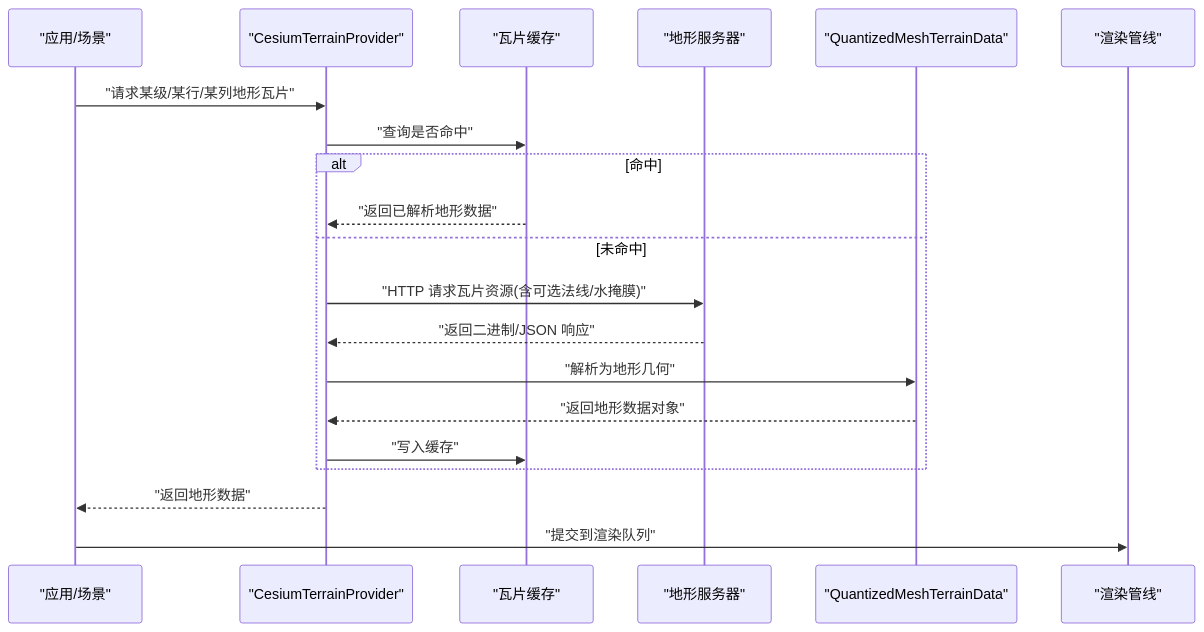
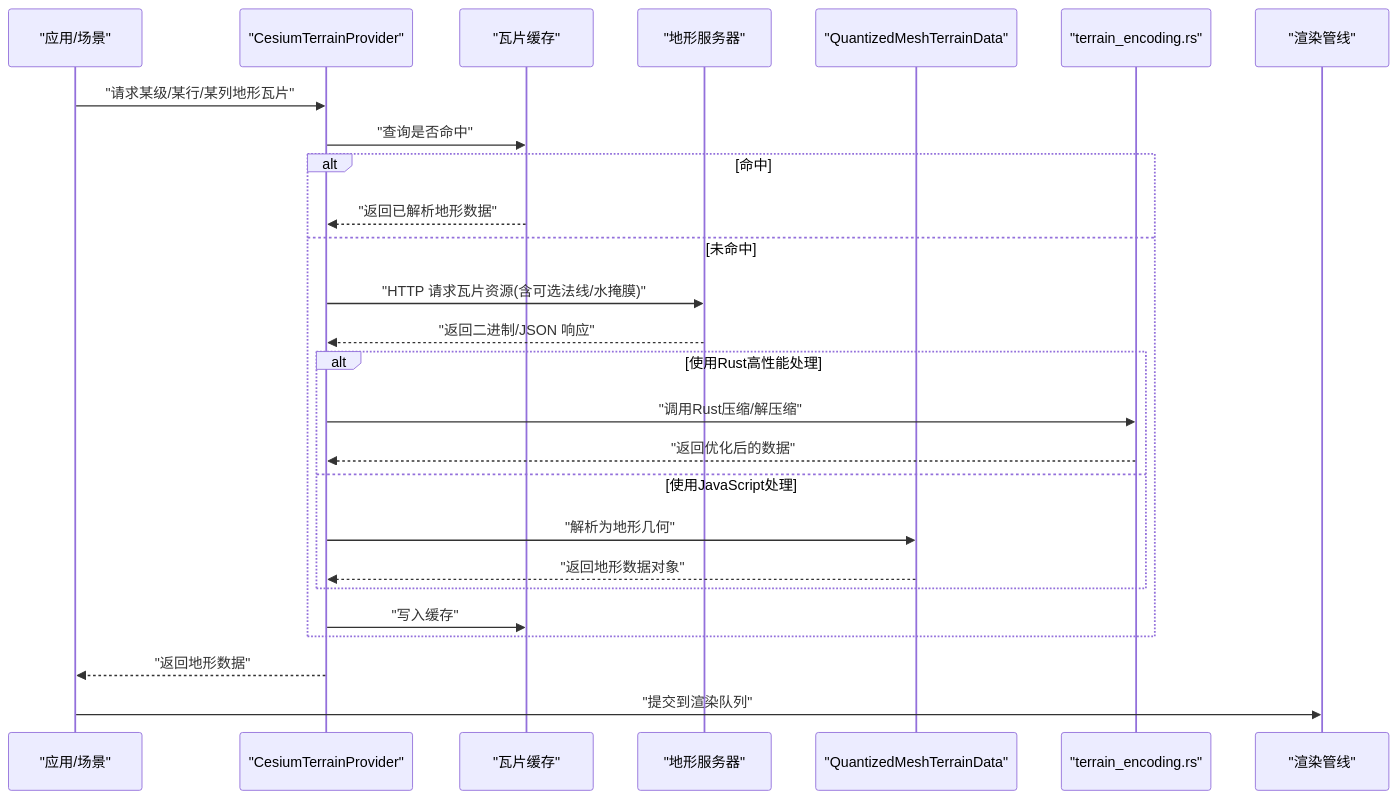
Before and after one commit to rzhangjing/cesium: the second of 7 diagrams in .qoder/repowiki/zh/content/项目概述/核心特性/地形与影像系统/地形数据提供者系统.md, drawn with Mermaid. The commit also changed other lines of this file and 56 other files, not shown here.

````diff
--- a/.qoder/repowiki/zh/content/项目概述/核心特性/地形与影像系统/地形数据提供者系统.md
+++ b/.qoder/repowiki/zh/content/项目概述/核心特性/地形与影像系统/地形数据提供者系统.md
@@ -96,22 +130,28 @@
 ```mermaid
 sequenceDiagram
 participant App as "应用/场景"
 participant Provider as "CesiumTerrainProvider"
 participant Cache as "瓦片缓存"
 participant Server as "地形服务器"
 participant Parser as "QuantizedMeshTerrainData"
+participant RustEncoder as "terrain_encoding.rs"
 participant Renderer as "渲染管线"
 App->>Provider : "请求某级/某行/某列地形瓦片"
 Provider->>Cache : "查询是否命中"
 alt 命中
 Cache-->>Provider : "返回已解析地形数据"
 else 未命中
 Provider->>Server : "HTTP 请求瓦片资源(含可选法线/水掩膜)"
 Server-->>Provider : "返回二进制/JSON 响应"
+alt 使用Rust高性能处理
+Provider->>RustEncoder : "调用Rust压缩/解压缩"
+RustEncoder-->>Provider : "返回优化后的数据"
+else 使用JavaScript处理
 Provider->>Parser : "解析为地形几何"
 Parser-->>Provider : "返回地形数据对象"
+end
 Provider->>Cache : "写入缓存"
 end
 Provider-->>App : "返回地形数据"
 App->>Renderer : "提交到渲染队列"
 ```
````
